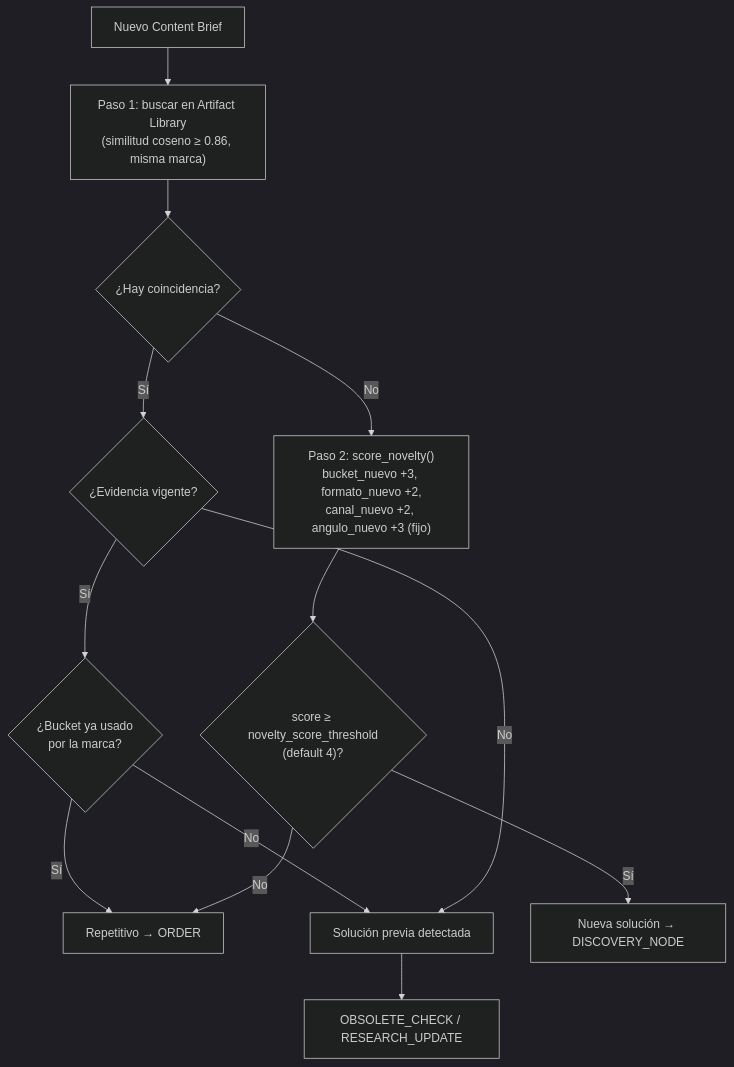
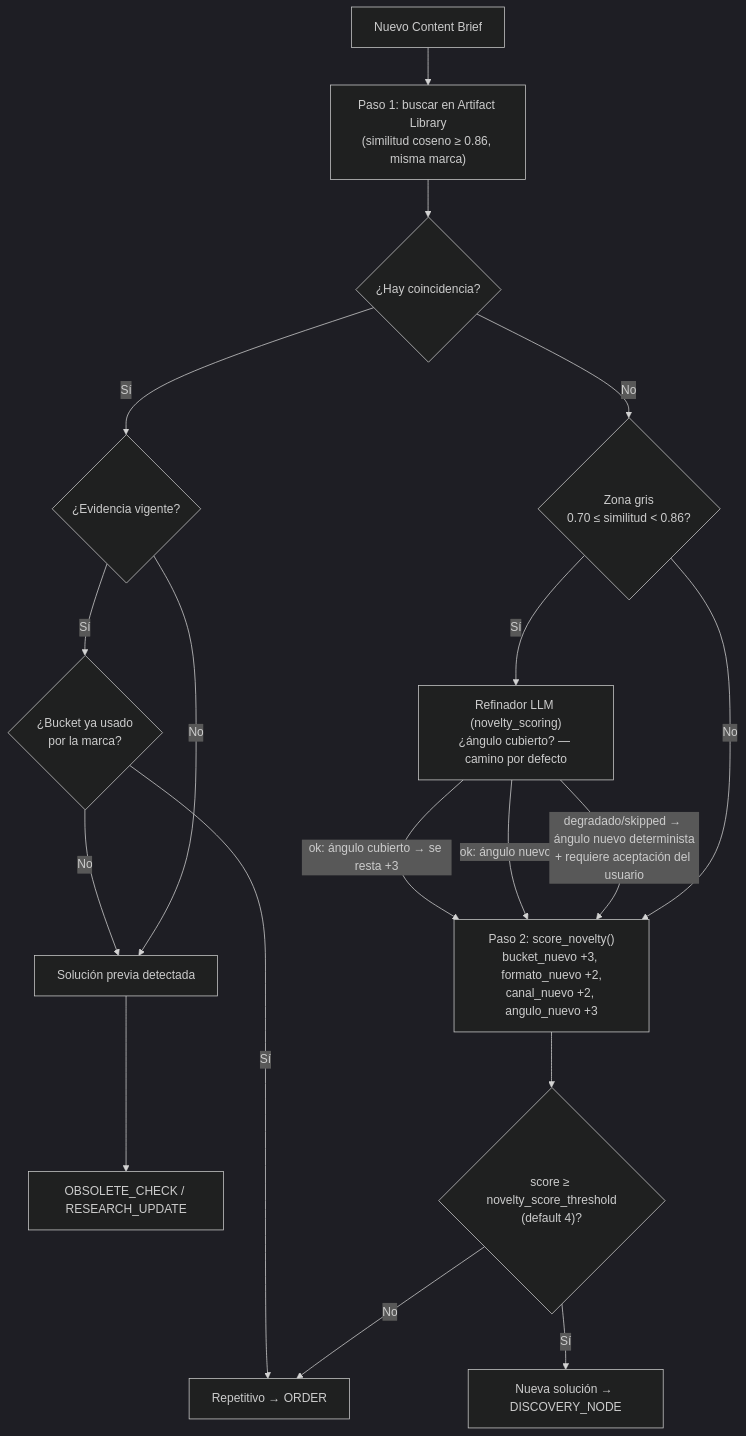
One commit to diegopaucarv/escapecontentproduction changed the third of 6 diagrams in docs/pipeline_unificado_produccion_contenidos(1).md. Above: the diagram before and after it, drawn with Mermaid (dark theme). The commit also changed other lines of this file and 62 other files, not shown here.

````diff
--- a/docs/pipeline_unificado_produccion_contenidos(1).md
+++ b/docs/pipeline_unificado_produccion_contenidos(1).md
@@ -436,15 +451,20 @@
 ```mermaid
 flowchart TD
     A[Nuevo Content Brief] --> B["Paso 1: buscar en Artifact Library\n(similitud coseno ≥ 0.86, misma marca)"]
     B --> C{¿Hay coincidencia?}
     C -- Sí --> D{¿Evidencia vigente?}
     D -- Sí --> E{¿Bucket ya usado\npor la marca?}
     E -- Sí --> F[Repetitivo → ORDER]
     E -- No --> G[Solución previa detectada]
     D -- No --> G
     G --> H[OBSOLETE_CHECK / RESEARCH_UPDATE]
-    C -- No --> I["Paso 2: score_novelty()\nbucket_nuevo +3, formato_nuevo +2,\ncanal_nuevo +2, angulo_nuevo +3 (fijo)"]
+    C -- No --> GZ{"Zona gris\n0.70 ≤ similitud < 0.86?"}
+    GZ -- Sí --> R["Refinador LLM (novelty_scoring)\n¿ángulo cubierto? — camino por defecto"]
+    R -- "ok: ángulo cubierto → se resta +3" --> I
+    R -- "ok: ángulo nuevo" --> I
+    R -- "degradado/skipped → ángulo nuevo determinista\n+ requiere aceptación del usuario" --> I
+    GZ -- No --> I["Paso 2: score_novelty()\nbucket_nuevo +3, formato_nuevo +2,\ncanal_nuevo +2, angulo_nuevo +3"]
     I --> J{"score ≥ novelty_score_threshold\n(default 4)?"}
     J -- Sí --> K[Nueva solución → DISCOVERY_NODE]
     J -- No --> F
 ```
````
